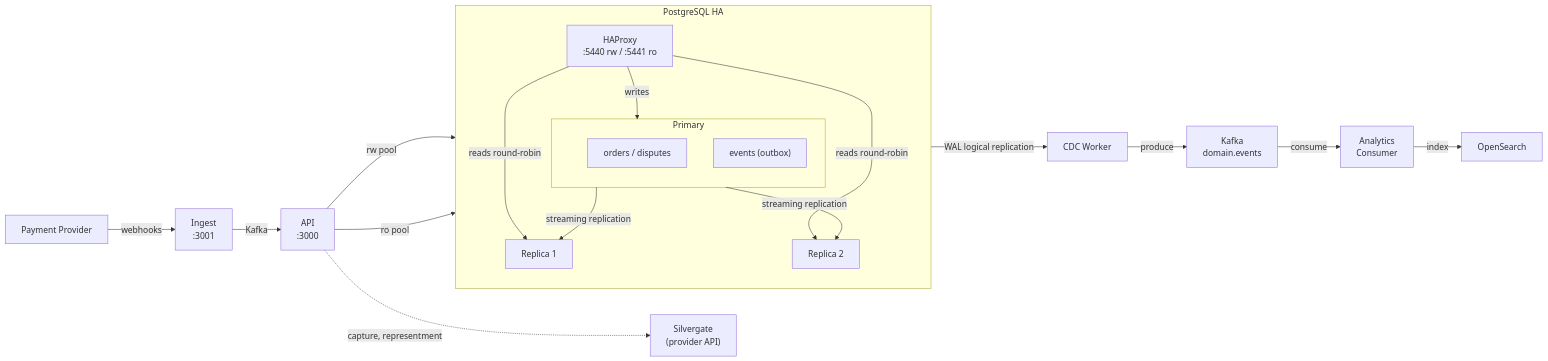
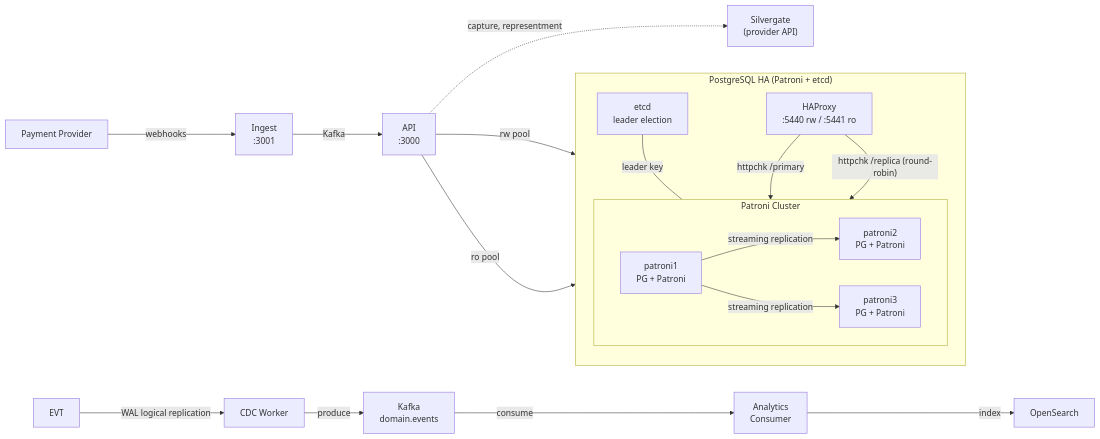
Before and after one commit to Mark-Juzefin/distributed-payment-manager-practice: the diagram in README.md, drawn with Mermaid. The commit also changed other lines of this file and 13 other files, not shown here.

````diff
--- a/README.md
+++ b/README.md
@@ -40,32 +40,32 @@
 ```mermaid
 flowchart LR
   EXT["Payment Provider"]
     -->|webhooks| ING["Ingest<br/>:3001"]
 
   ING -->|Kafka| API["API<br/>:3000"]
 
-  subgraph PG["PostgreSQL HA"]
+  subgraph PG["PostgreSQL HA (Patroni + etcd)"]
     direction TB
+    ETCD["etcd<br/>leader election"]
     HAP["HAProxy<br/>:5440 rw / :5441 ro"]
-    subgraph PRI["Primary"]
-      BIZ["orders / disputes"]
-      EVT["events (outbox)"]
+    subgraph PAT["Patroni Cluster"]
+      P1["patroni1<br/>PG + Patroni"]
+      P2["patroni2<br/>PG + Patroni"]
+      P3["patroni3<br/>PG + Patroni"]
     end
-    REP1["Replica 1"]
-    REP2["Replica 2"]
-    HAP -->|writes| PRI
-    HAP -->|reads round-robin| REP1
-    HAP -->|reads round-robin| REP2
-    PRI -->|streaming replication| REP1
-    PRI -->|streaming replication| REP2
+    ETCD ---|leader key| PAT
+    HAP -->|"httpchk /primary"| PAT
+    HAP -->|"httpchk /replica (round-robin)"| PAT
+    P1 -->|streaming replication| P2
+    P1 -->|streaming replication| P3
   end
   API -->|rw pool| HAP
   API -->|ro pool| HAP
 
   EVT -->|WAL logical replication| CDC["CDC Worker"]
   CDC -->|produce| TOPIC["Kafka<br/>domain.events"]
   TOPIC -->|consume| AN["Analytics<br/>Consumer"]
   AN -->|index| OS["OpenSearch"]
 
   API -.->|capture, representment| SG["Silvergate<br/>(provider API)"]
 ```
````
